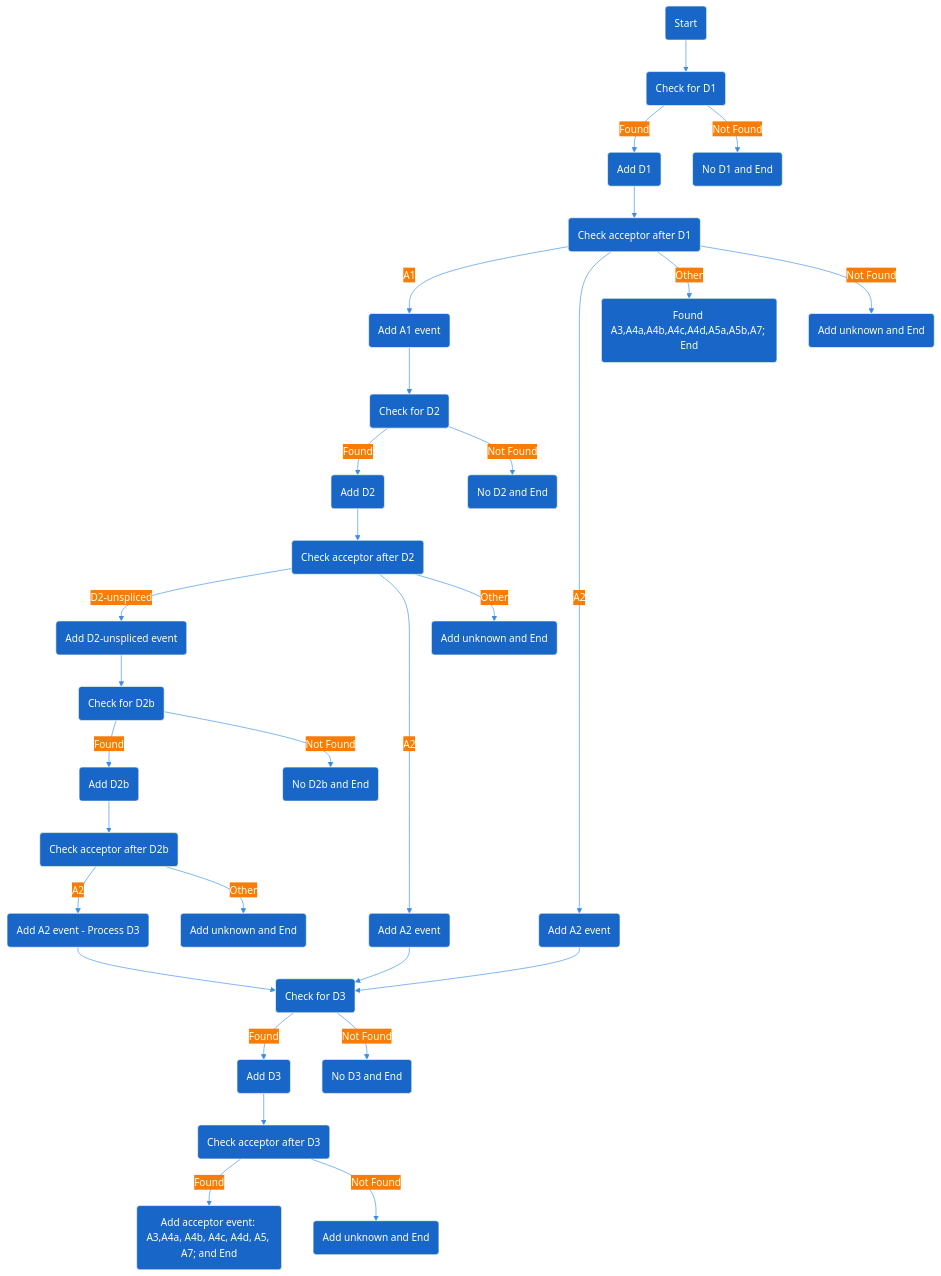
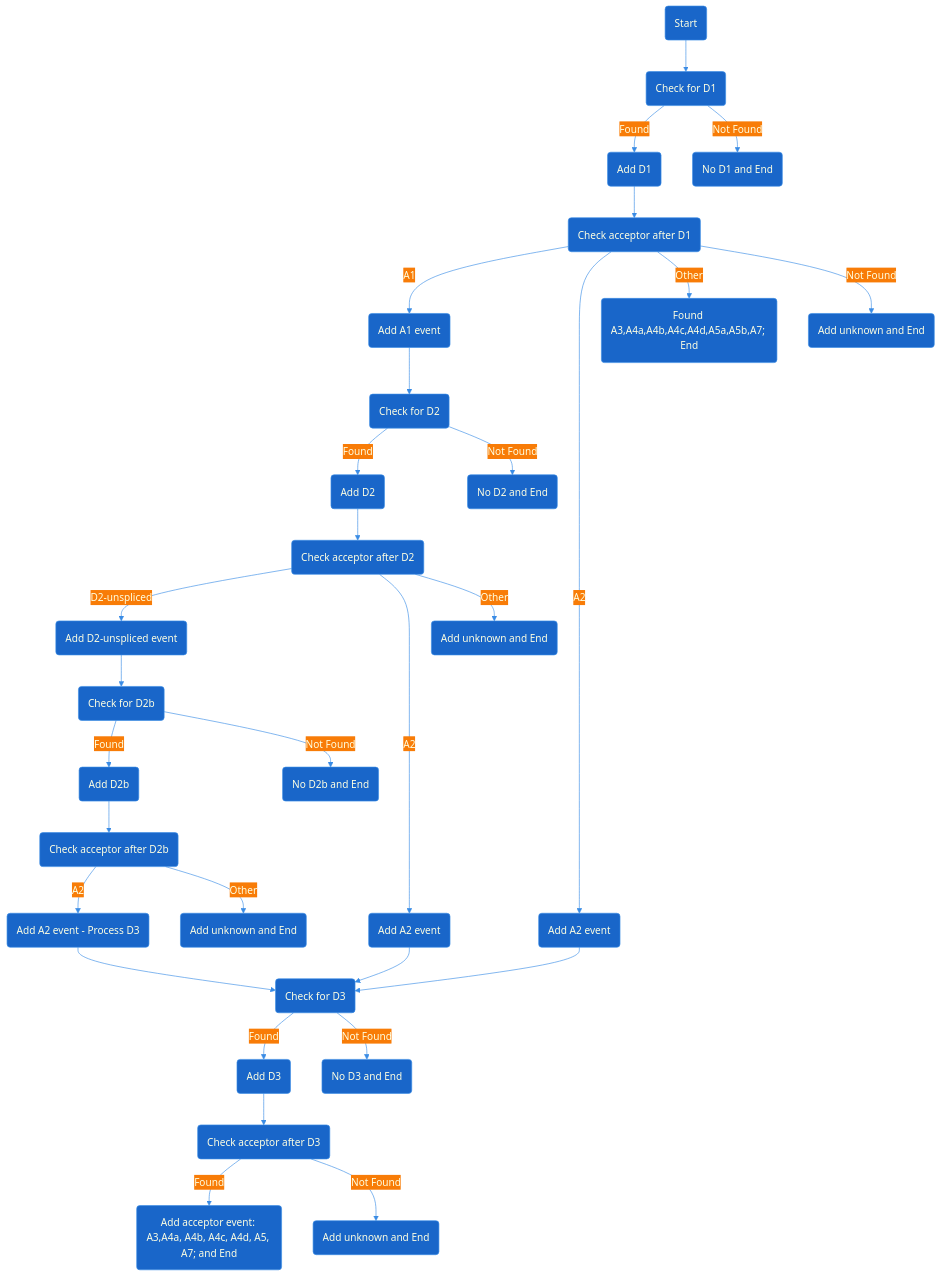
The diagram in Readme.md (ViralSeq/viRust-splicing), drawn with Mermaid before and after one commit.

````diff
--- a/Readme.md
+++ b/Readme.md
@@ -7,59 +7,60 @@
 ```mermaid
 
 %%{
   init: {
     'theme': 'base',
     'themeVariables': {
       'primaryColor': '#1966C9',
       'primaryTextColor': '#FEFFE2',
-      'primaryBorderColor': '#FEFFE2',
+      'primaryBorderColor': '#3A8CE5',
       'lineColor': '#3A8CE5',
       'secondaryColor': '#F87C07',
+      'secondaryBorderColor': '#FFC78F',
       'tertiaryColor': '#FF8BA0'
     }
   }
 }%%
 
 
 flowchart TD
     A(Start) --> B(Check for D1)
     B -- Found --> C(Add D1)
     B -- Not Found --> End1(No D1 and End)
 
     C --> D(Check acceptor after D1)
     D -- A1 --> E(Add A1 event)
     D -- A2 --> F(Add A2 event)
     D -- Other --> End2(Found A3,A4a,A4b,A4c,A4d,A5a,A5b,A7; End)
     D -- Not Found --> End3(Add unknown and End)
 
     E --> G(Check for D2)
     G -- Found --> H(Add D2)
     G -- Not Found --> End4(No D2 and End)
 
     H --> I(Check acceptor after D2)
     I -- D2-unspliced --> J(Add D2-unspliced event)
     I -- A2 --> K(Add A2 event)
     I -- Other --> End5(Add unknown and End)
 
     J --> L(Check for D2b)
     L -- Found --> M(Add D2b)
     L -- Not Found --> End6(No D2b and End)
 
     M --> N(Check acceptor after D2b)
     N -- A2 --> O(Add A2 event - Process D3)
     N -- Other --> End7(Add unknown and End)
 
     %% Convergence to the D3 branch:
     K --> P(Check for D3)
     F --> P
     O --> P
 
     P -- Found --> Q(Add D3)
     P -- Not Found --> End8(No D3 and End)
 
     Q --> R(Check acceptor after D3 )
     R -- Found --> End9(Add acceptor event: A3,A4a, A4b, A4c, A4d, A5, A7; and End)
     R -- Not Found --> End10(Add unknown and End)
 
 
 ```
````
